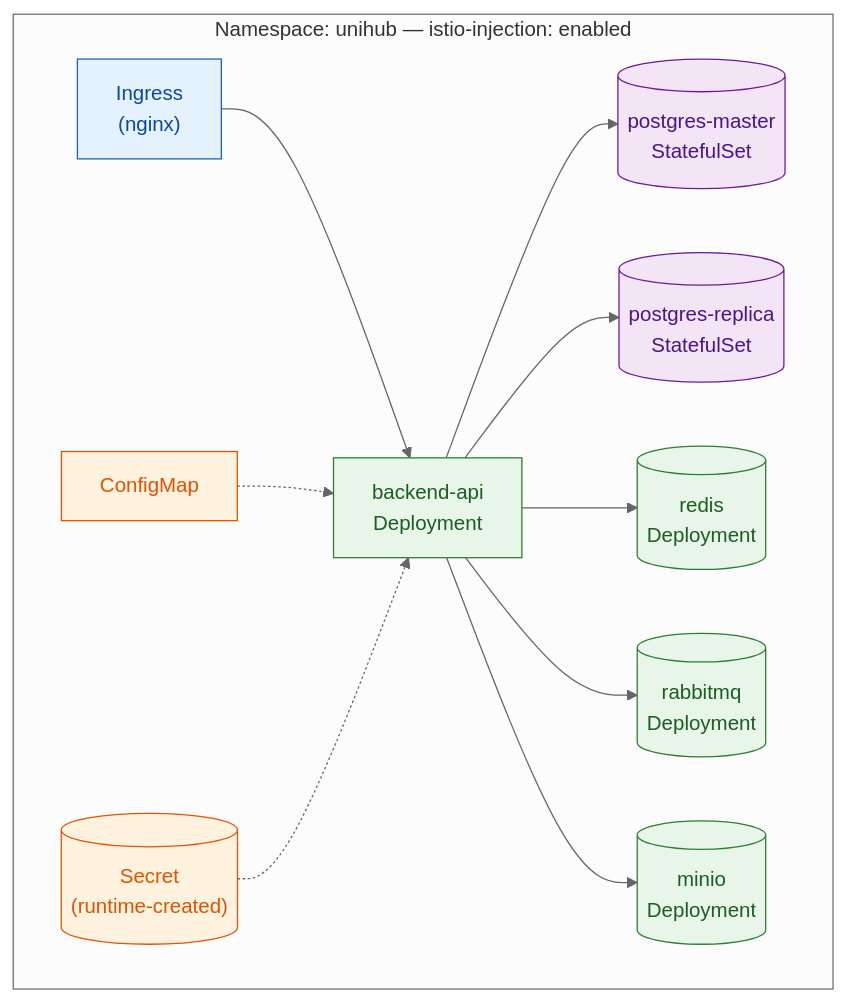
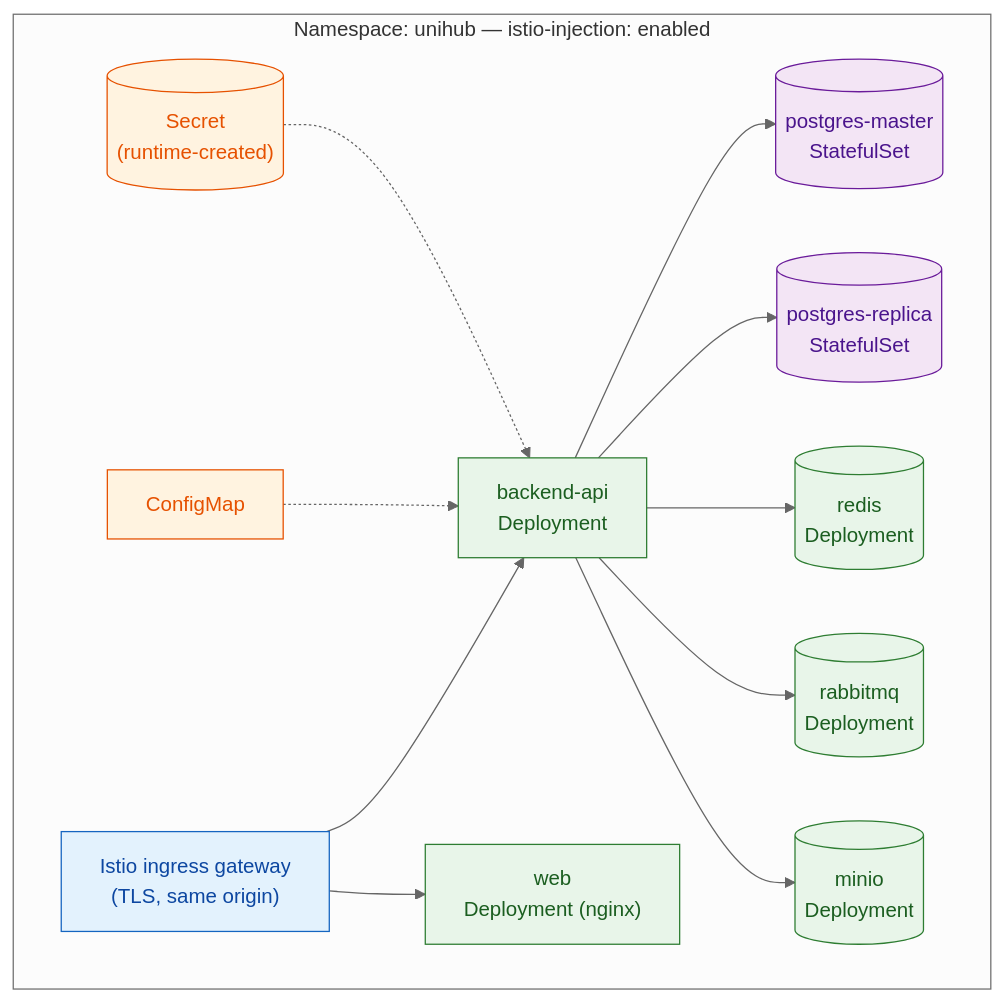
The first of 2 diagrams in docs/technical-design/platform/deployment-and-cicd.md (tiennt220805/UniHub), drawn with Mermaid (neutral theme) before and after one commit. The commit also changed other lines of this file and 20 other files, not shown here.

````diff
--- a/docs/technical-design/platform/deployment-and-cicd.md
+++ b/docs/technical-design/platform/deployment-and-cicd.md
@@ -584,33 +655,35 @@
 ```mermaid
 flowchart TB
     subgraph NS["Namespace: unihub — istio-injection: enabled"]
-        Ingress["Ingress\n(nginx)"]
+        Ingress["Istio ingress gateway\n(TLS, same origin)"]
+        Web["web\nDeployment (nginx)"]
         API["backend-api\nDeployment"]
         PGM[("postgres-master\nStatefulSet")]
         PGR[("postgres-replica\nStatefulSet")]
         Redis[("redis\nDeployment")]
         RMQ[("rabbitmq\nDeployment")]
         MinIO[("minio\nDeployment")]
         CM["ConfigMap"]
         Sec[("Secret\n(runtime-created)")]
     end
 
     Ingress --> API
+    Ingress --> Web
     API --> PGM
     API --> PGR
     API --> Redis
     API --> RMQ
     API --> MinIO
     CM -.-> API
     Sec -.-> API
 
     classDef apiStyle fill:#E8F5E9,stroke:#2E7D32,color:#1B5E20
     classDef pgStyle fill:#F3E5F5,stroke:#6A1B9A,color:#4A148C
     classDef edgeStyle fill:#E3F2FD,stroke:#1565C0,color:#0D47A1
     classDef secretStyle fill:#FFF3E0,stroke:#E65100,color:#E65100
 
-    class API,Redis,RMQ,MinIO apiStyle
+    class API,Web,Redis,RMQ,MinIO apiStyle
     class PGM,PGR pgStyle
     class Ingress edgeStyle
     class CM,Sec secretStyle
 ```
````
